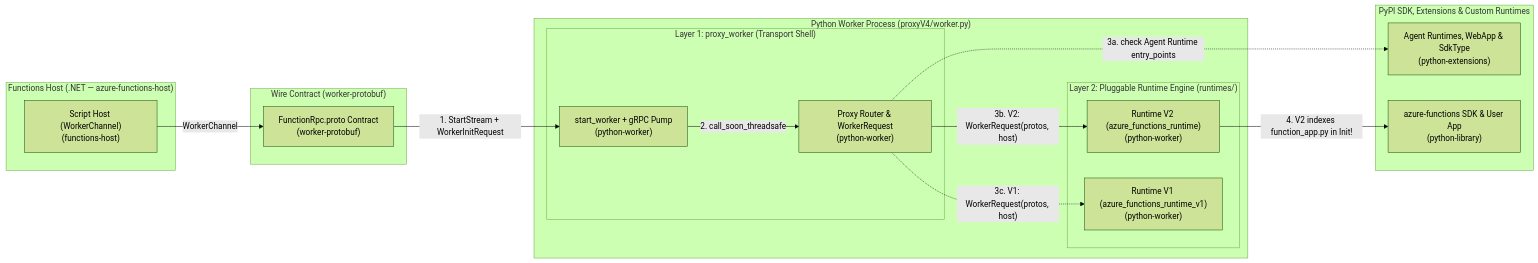
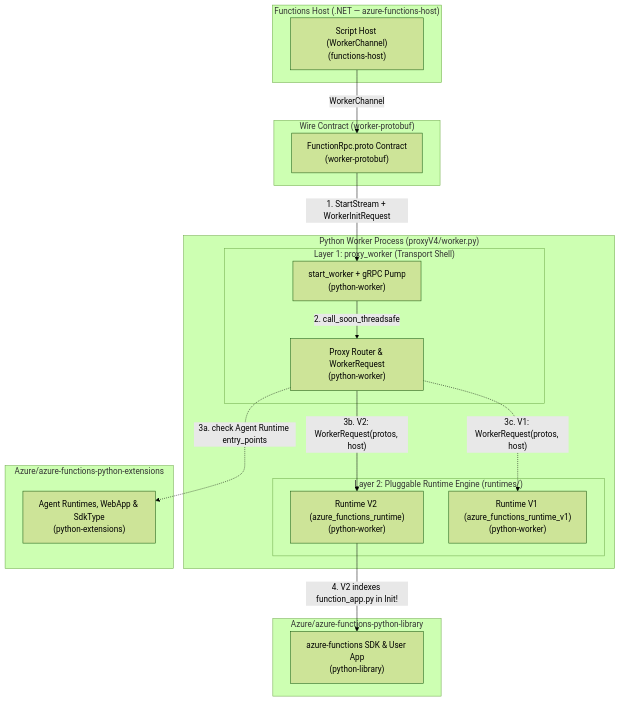
One commit to Azure/azure-functions-python-worker changed the third of 15 diagrams in docs/architecture/python-313-314.md. Above: the diagram before and after it, drawn with Mermaid (forest theme). The commit also changed other lines of this file and 8 other files, not shown here.

First line of the commit message:
fix(docs): rebalance compound topology to 2D tiered layout and stack extensions below library

````diff
--- a/docs/architecture/python-313-314.md
+++ b/docs/architecture/python-313-314.md
@@ -137,30 +139,32 @@
 ```mermaid
-flowchart LR
+flowchart TB
   subgraph c313_host["Functions Host (.NET — azure-functions-host)"]
     n313_host["Script Host (WorkerChannel)<br/>(functions-host)"]
   end
   subgraph c313_wire["Wire Contract (worker-protobuf)"]
     n313_proto["FunctionRpc.proto Contract<br/>(worker-protobuf)"]
   end
   subgraph c313_worker["Python Worker Process (proxyV4/worker.py)"]
     subgraph c313_proxy["Layer 1: proxy_worker (Transport Shell)"]
       n313_grpc["start_worker + gRPC Pump<br/>(python-worker)"]
       n313_router["Proxy Router & WorkerRequest<br/>(python-worker)"]
     end
     subgraph c313_rt["Layer 2: Pluggable Runtime Engine (runtimes/)"]
       n313_rtv2["Runtime V2 (azure_functions_runtime)<br/>(python-worker)"]
       n313_rtv1["Runtime V1 (azure_functions_runtime_v1)<br/>(python-worker)"]
     end
   end
-  subgraph c313_eco["PyPI SDK, Extensions & Custom Runtimes"]
+  subgraph c313_lib["Azure/azure-functions-python-library"]
+    n313_lib["azure-functions SDK & User App<br/>(python-library)"]
+  end
+  subgraph c313_ext["Azure/azure-functions-python-extensions"]
     n313_ext["Agent Runtimes, WebApp & SdkType<br/>(python-extensions)"]
-    n313_lib["azure-functions SDK & User App<br/>(python-library)"]
   end
   n313_host -->|"WorkerChannel"| n313_proto
   n313_proto -->|"1. StartStream + WorkerInitRequest"| n313_grpc
   n313_grpc -->|"2. call_soon_threadsafe"| n313_router
   n313_router -.->|"3a. check Agent Runtime entry_points"| n313_ext
   n313_router -->|"3b. V2: WorkerRequest(protos, host)"| n313_rtv2
   n313_router -.->|"3c. V1: WorkerRequest(protos, host)"| n313_rtv1
   n313_rtv2 -->|"4. V2 indexes function_app.py in Init!"| n313_lib
 ```
````
